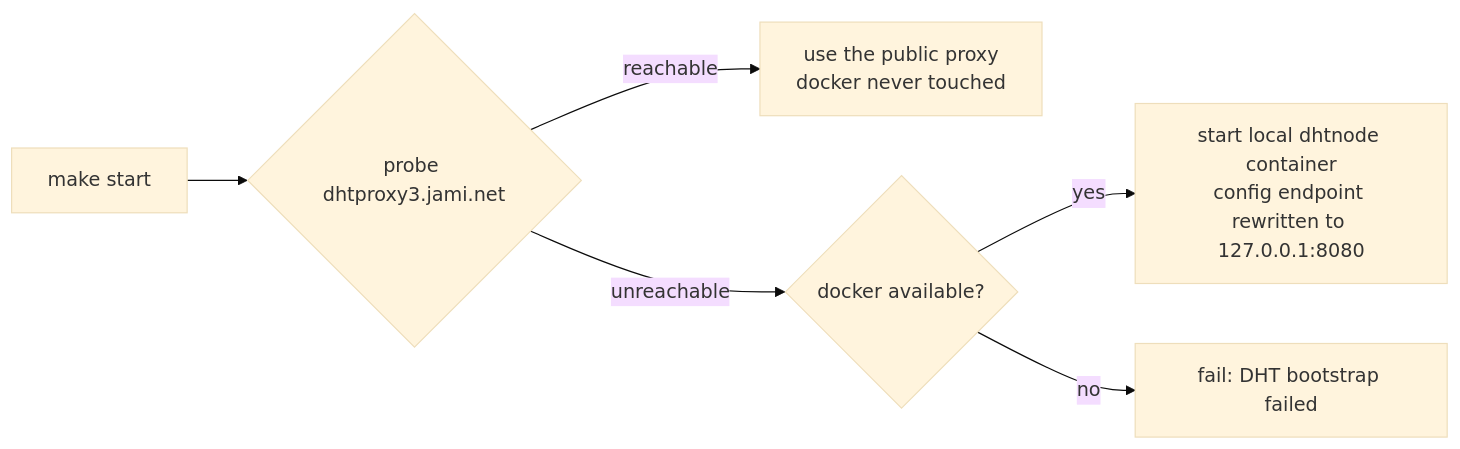
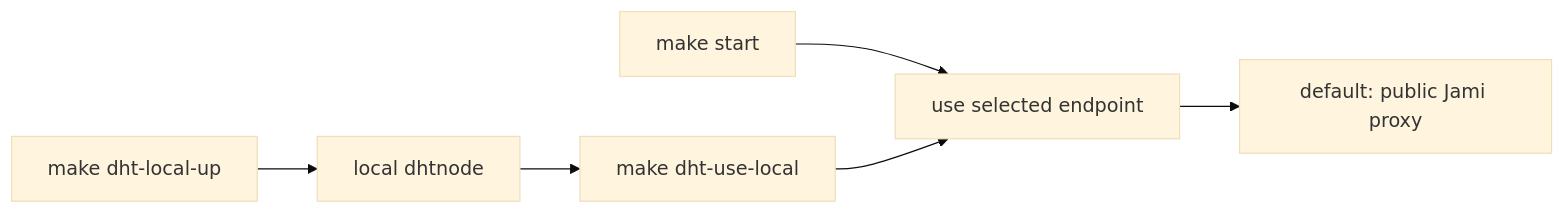
The diagram in docs/how-it-works.md (tsai41/stunmesh-setup), drawn with Mermaid (base theme) before and after one commit. The commit also changed other lines of this file and 25 other files, not shown here.

````diff
--- a/docs/how-it-works.md
+++ b/docs/how-it-works.md
@@ -13,8 +16,8 @@
 ```mermaid
 flowchart LR
-    A[make start] --> B{probe dhtproxy3.jami.net}
-    B -- reachable --> C[use the public proxy<br/>docker never touched]
-    B -- unreachable --> D{docker available?}
-    D -- yes --> E[start local dhtnode container<br/>config endpoint rewritten to 127.0.0.1:8080]
-    D -- no --> F[fail: DHT bootstrap failed]
+    A[make start] --> B[use selected endpoint]
+    B --> C[default: public Jami proxy]
+    D[make dht-local-up] --> E[local dhtnode]
+    E --> F[make dht-use-local]
+    F --> B
 ```
````
